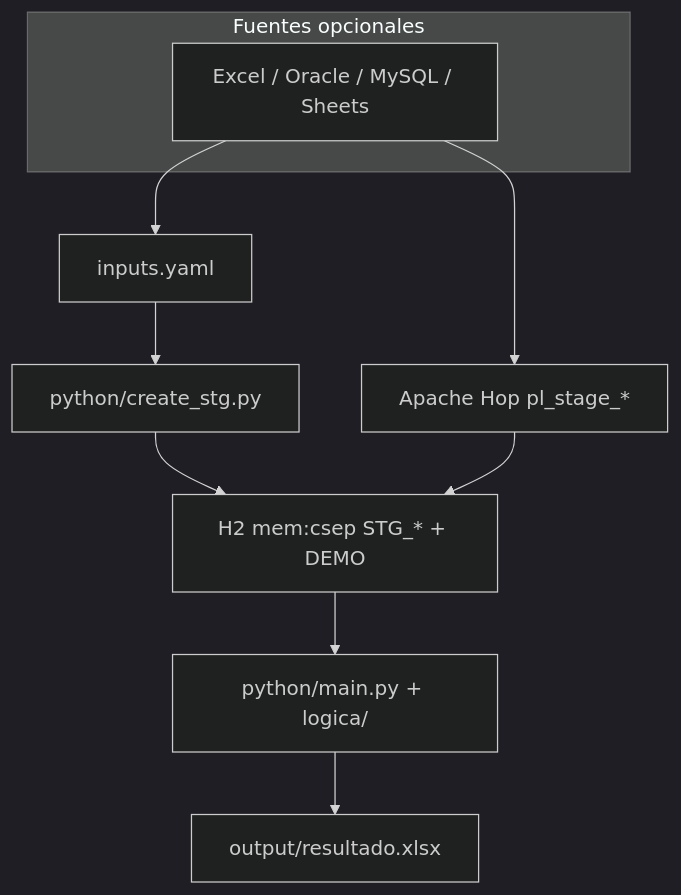
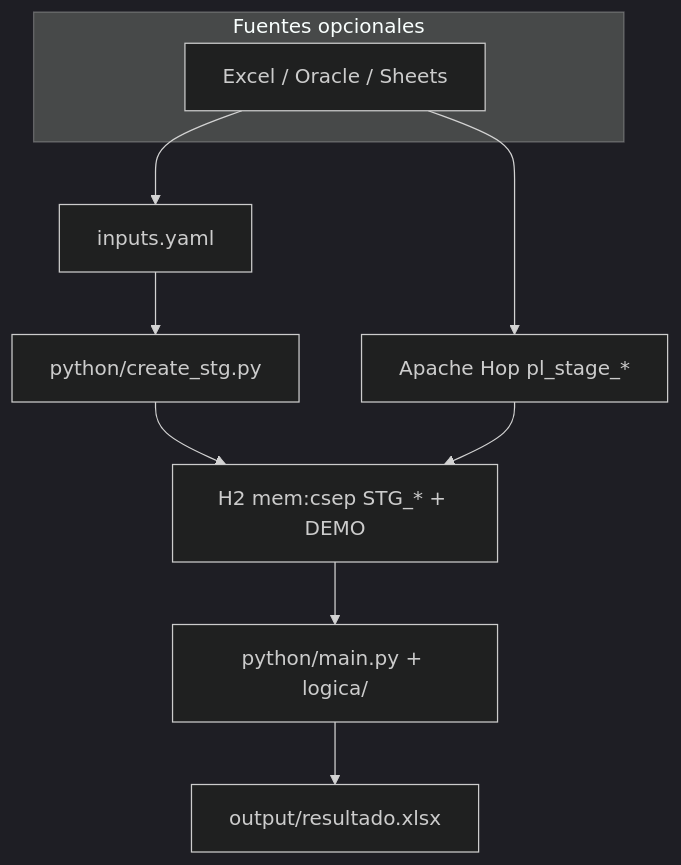
The diagram in scripts/archetype-overlays/docs/arquitectura.md (nwodevops/multa_informes_etl), drawn with Mermaid (dark theme) before and after one commit. The commit also changed other lines of this file and 14 other files, not shown here.

````diff
--- a/scripts/archetype-overlays/docs/arquitectura.md
+++ b/scripts/archetype-overlays/docs/arquitectura.md
@@ -7,18 +7,18 @@
 ```mermaid
 flowchart TB
   subgraph fuentes [Fuentes opcionales]
-    EX["Excel / Oracle / MySQL / Sheets"]
+    EX["Excel / Oracle / Sheets"]
   end
 
   YAML["inputs.yaml"]
   PYDDL["python/create_stg.py"]
   HOP["Apache Hop pl_stage_*"]
   H2["H2 mem:csep STG_* + DEMO"]
   PY["python/main.py + logica/"]
   OUT["output/resultado.xlsx"]
 
   EX --> YAML
   YAML --> PYDDL --> H2
   EX --> HOP --> H2
   H2 --> PY --> OUT
 ```
````
